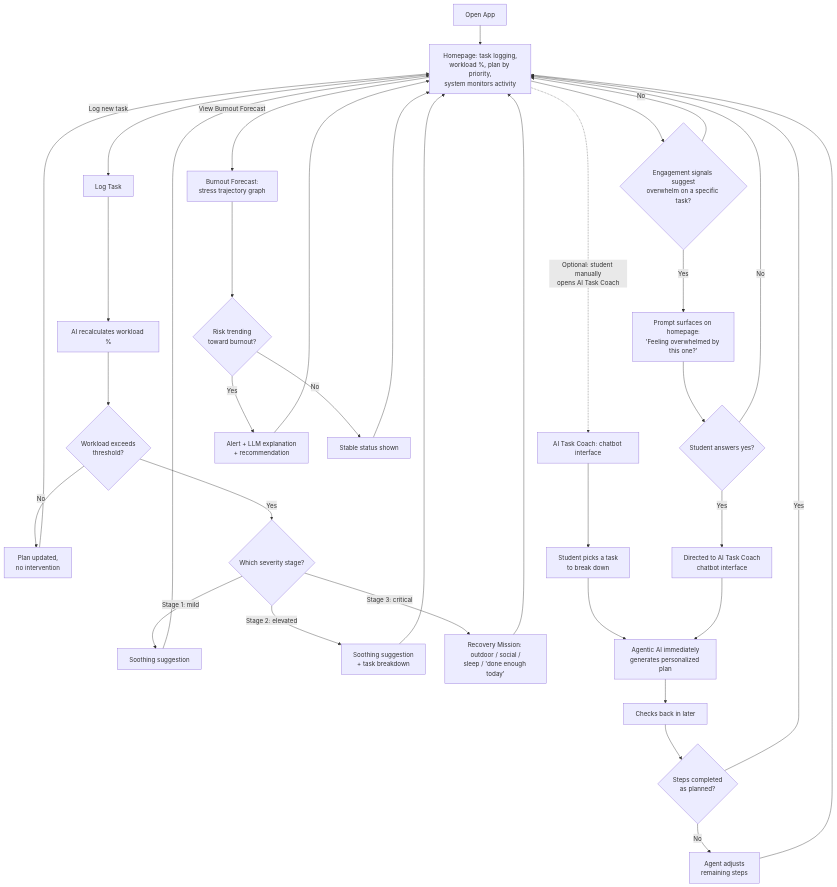
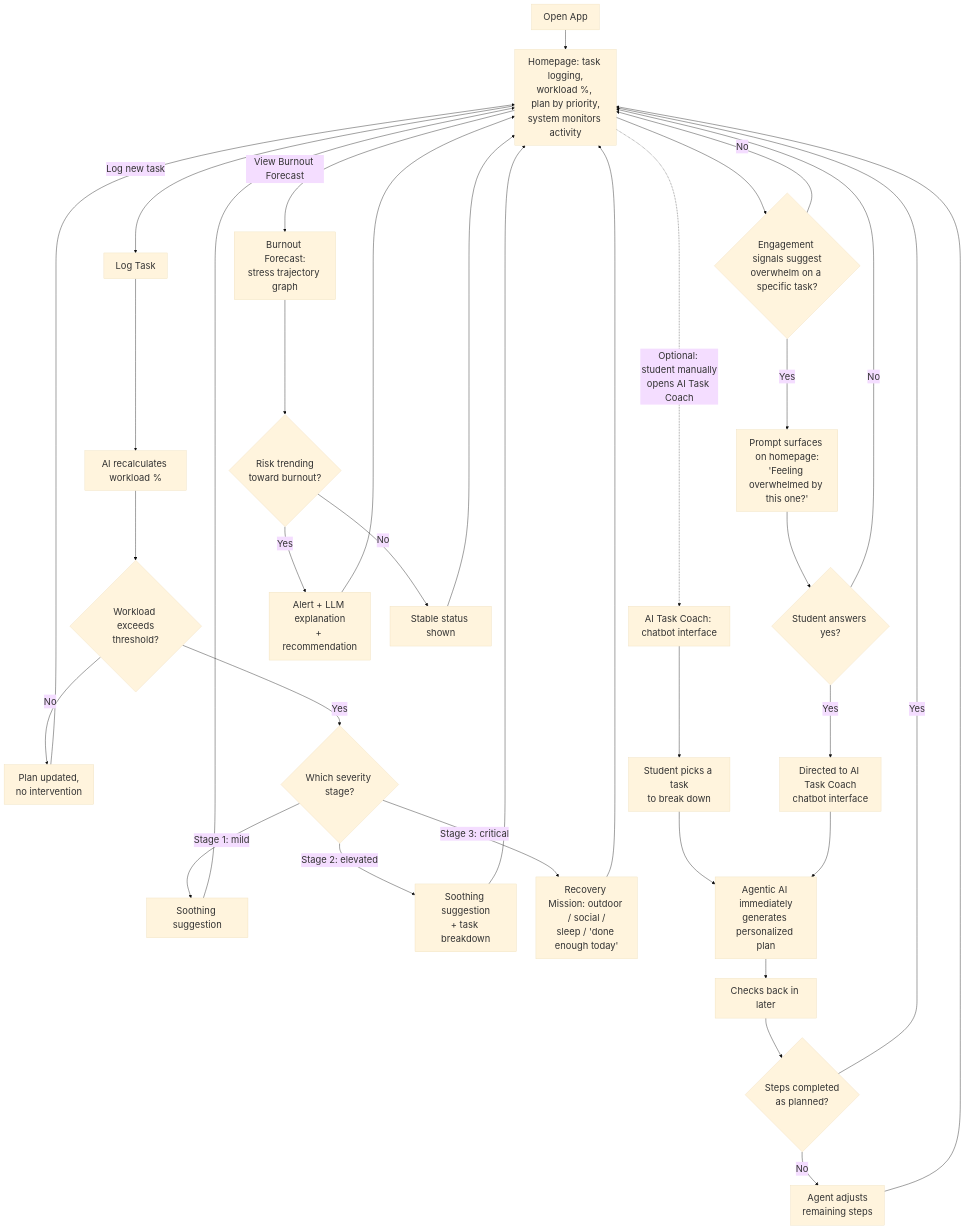
Before and after one commit to ran-coder/AI-Stress-Manager-App: the diagram in README.md, drawn with Mermaid.

````diff
--- a/README.md
+++ b/README.md
@@ -28,42 +28,43 @@
 ```mermaid
+%%{init: {"theme": "base", "themeVariables": {"fontSize": "24px"}}}%%
 flowchart TD
     A[Open App] --> B[Homepage: task logging,<br/>workload %, plan by priority,<br/>system monitors activity]
 
     B -->|Log new task| C[Log Task]
     C --> D[AI recalculates workload %]
     D --> E{Workload exceeds<br/>threshold?}
     E -->|No| J[Plan updated,<br/>no intervention]
     E -->|Yes| F{Which severity stage?}
     F -->|Stage 1: mild| G[Soothing suggestion]
     F -->|Stage 2: elevated| H[Soothing suggestion<br/>+ task breakdown]
     F -->|Stage 3: critical| I[Recovery Mission: outdoor / social /<br/>sleep / 'done enough today']
     G --> B
     H --> B
     I --> B
     J --> B
 
     B --> L{Engagement signals suggest<br/>overwhelm on a specific task?}
     L -->|No| B
     L -->|Yes| M["Prompt surfaces on homepage:<br/>'Feeling overwhelmed by this one?'"]
     M --> N{Student answers yes?}
     N -->|No| B
     N -->|Yes| K[Directed to AI Task Coach<br/>chatbot interface]
 
     B -.->|Optional: student manually<br/>opens AI Task Coach| K2[AI Task Coach: chatbot interface]
     K2 --> S[Student picks a task<br/>to break down]
     S --> O
 
     K --> O[Agentic AI immediately<br/>generates personalized plan]
     O --> P[Checks back in later]
     P --> Q{Steps completed<br/>as planned?}
     Q -->|Yes| B
     Q -->|No| R[Agent adjusts<br/>remaining steps]
     R --> B
 
-    B -->|View Burnout Forecast| T[Burnout Forecast:<br/>stress trajectory graph]
+    B -->|   View Burnout Forecast| T[Burnout Forecast:<br/>stress trajectory graph]
     T --> U{Risk trending<br/>toward burnout?}
     U -->|Yes| V[Alert + LLM explanation<br/>+ recommendation]
     U -->|No| W[Stable status shown]
     V --> B
     W --> B
 ```
````
